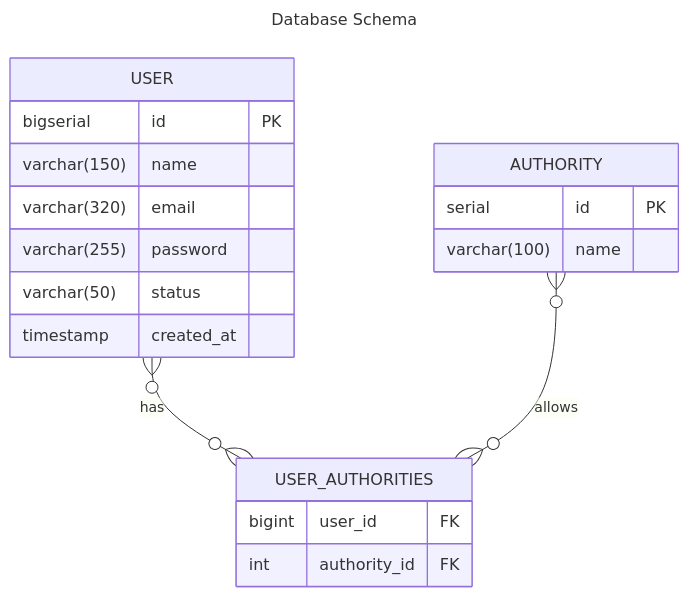
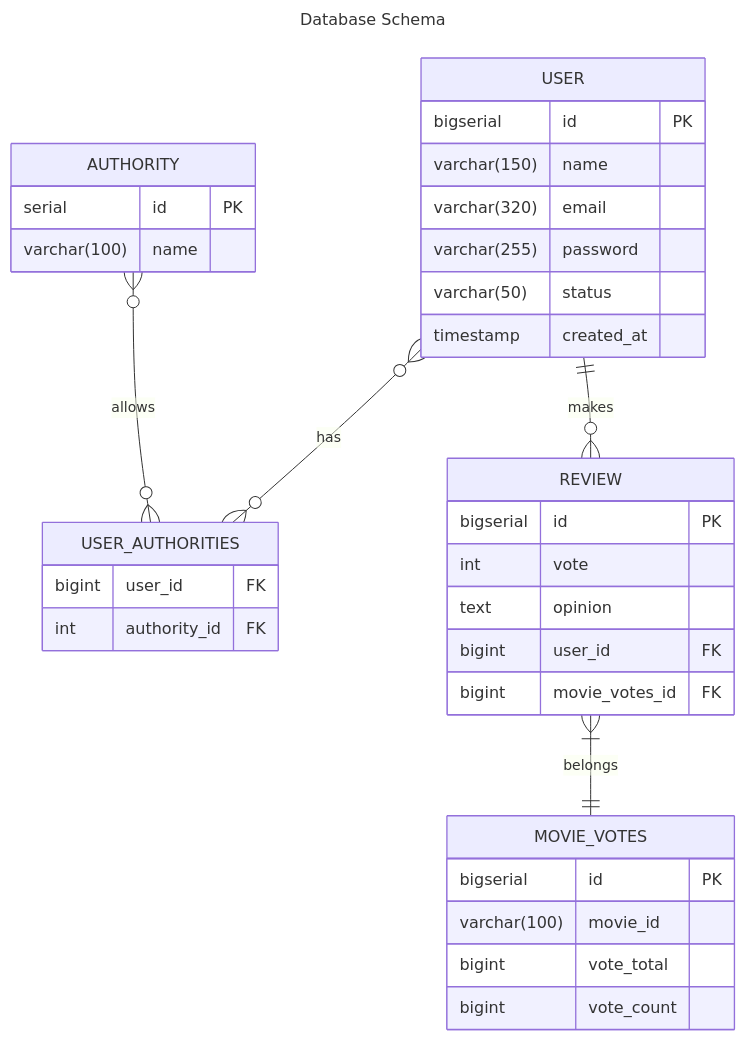
The diagram in README.md (Edson-Mendes/your-review-api), drawn with Mermaid before and after one commit. The commit also changed other lines of this file, not shown here.

````diff
--- a/README.md
+++ b/README.md
@@ -99,25 +306,40 @@
 ```mermaid
 ---
     title: Database Schema
 ---
     erDiagram
         USER {
             bigserial id PK
             varchar(150) name
             varchar(320) email
             varchar(255) password
             varchar(50) status
             timestamp created_at
         }
         AUTHORITY {
             serial id PK
             varchar(100) name
         }
         USER_AUTHORITIES {
             bigint user_id FK
             int authority_id FK
         }
+        MOVIE_VOTES {
+            bigserial id PK
+            varchar(100) movie_id
+            bigint vote_total
+            bigint vote_count
+        }
+        REVIEW {
+            bigserial id PK
+            int vote
+            text opinion
+            bigint user_id FK
+            bigint movie_votes_id FK
+        }
         
         USER }o--o{ USER_AUTHORITIES : has
         AUTHORITY }o--o{ USER_AUTHORITIES : allows
+        REVIEW }|--|| MOVIE_VOTES : belongs
+        USER ||--o{ REVIEW : makes
 ```
````
